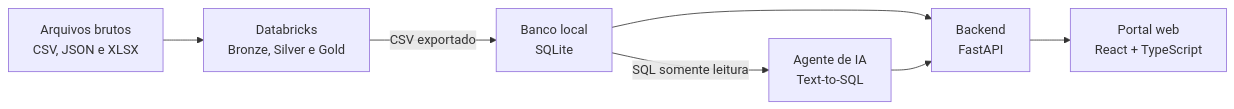
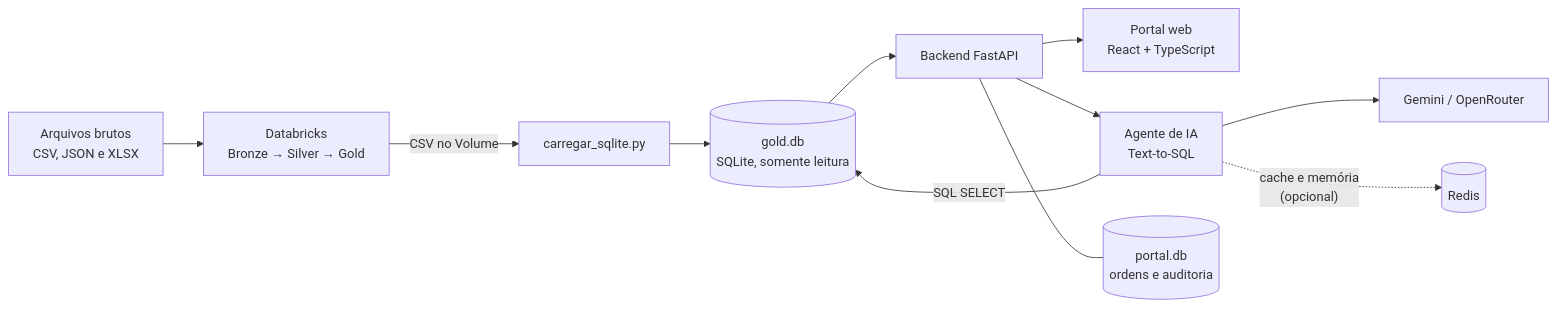
One commit to marcelaraposoo/V-Energy-Grid-360 changed the diagram in README.md. Above: the diagram before and after it, drawn with Mermaid. The commit also changed other lines of this file, not shown here.

````diff
--- a/README.md
+++ b/README.md
@@ -12,9 +28,13 @@
 ```mermaid
 flowchart LR
-  A["Arquivos brutos<br/>CSV, JSON e XLSX"] --> B["Databricks<br/>Bronze, Silver e Gold"]
-  B -->|"CSV exportado"| C["Banco local<br/>SQLite"]
-  C --> D["Backend<br/>FastAPI"]
-  D --> E["Portal web<br/>React + TypeScript"]
-  C -->|"SQL somente leitura"| F["Agente de IA<br/>Text-to-SQL"]
-  F --> D
+  A["Arquivos brutos<br/>CSV, JSON e XLSX"] --> B["Databricks<br/>Bronze → Silver → Gold"]
+  B -->|"CSV no Volume"| C["carregar_sqlite.py"]
+  C --> D[("gold.db<br/>SQLite, somente leitura")]
+  D --> E["Backend FastAPI"]
+  E --> F["Portal web<br/>React + TypeScript"]
+  E --> G["Agente de IA<br/>Text-to-SQL"]
+  G -->|"SQL SELECT"| D
+  G --> H["Gemini / OpenRouter"]
+  E --- I[("portal.db<br/>ordens e auditoria")]
+  G -.->|"cache e memória<br/>(opcional)"| J[("Redis")]
 ```
````
